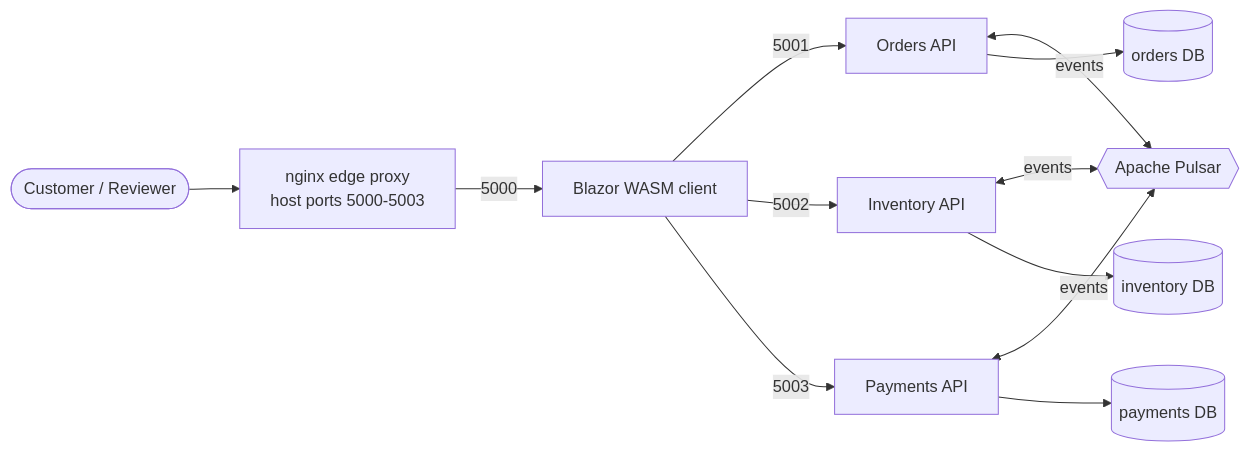
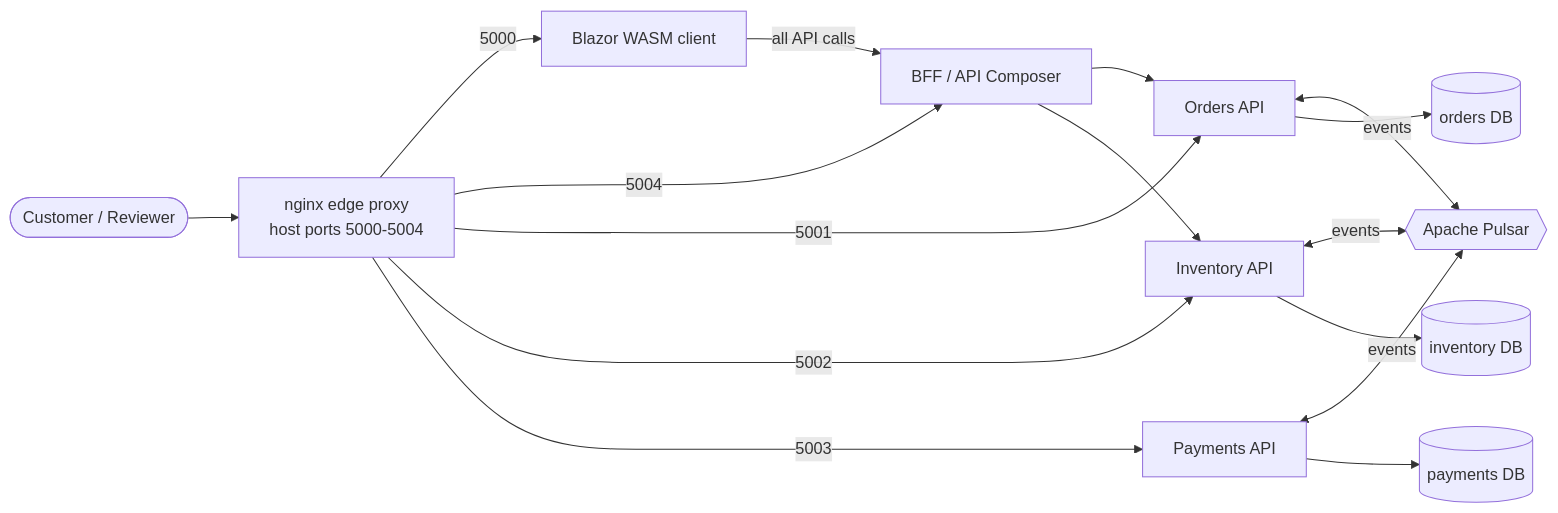
One commit to dquoctri/OrderFlowSystem changed the first of 8 diagrams in docs/solution-overview.md. Above: the diagram before and after it, drawn with Mermaid. The commit also changed other lines of this file and 38 other files, not shown here.

Commit message:
Add BFF for the demo web

````diff
--- a/docs/solution-overview.md
+++ b/docs/solution-overview.md
@@ -38,16 +39,20 @@
 ```mermaid
 flowchart LR
-    U([Customer / Reviewer]) --> EDGE[nginx edge proxy<br/>host ports 5000-5003]
+    U([Customer / Reviewer]) --> EDGE[nginx edge proxy<br/>host ports 5000-5004]
     EDGE -->|5000| WEB[Blazor WASM client]
-    WEB -->|5001| O[Orders API]
-    WEB -->|5002| I[Inventory API]
-    WEB -->|5003| P[Payments API]
+    EDGE -->|5004| BFF[BFF / API Composer]
+    WEB -->|all API calls| BFF
+    BFF --> O[Orders API]
+    BFF --> I[Inventory API]
+    EDGE -->|5001| O
+    EDGE -->|5002| I
+    EDGE -->|5003| P[Payments API]
 
     O <-->|events| PULSAR{{Apache Pulsar}}
     I <-->|events| PULSAR
     P <-->|events| PULSAR
 
     O --> ODB[(orders DB)]
     I --> IDB[(inventory DB)]
     P --> PDB[(payments DB)]
 ```
````
